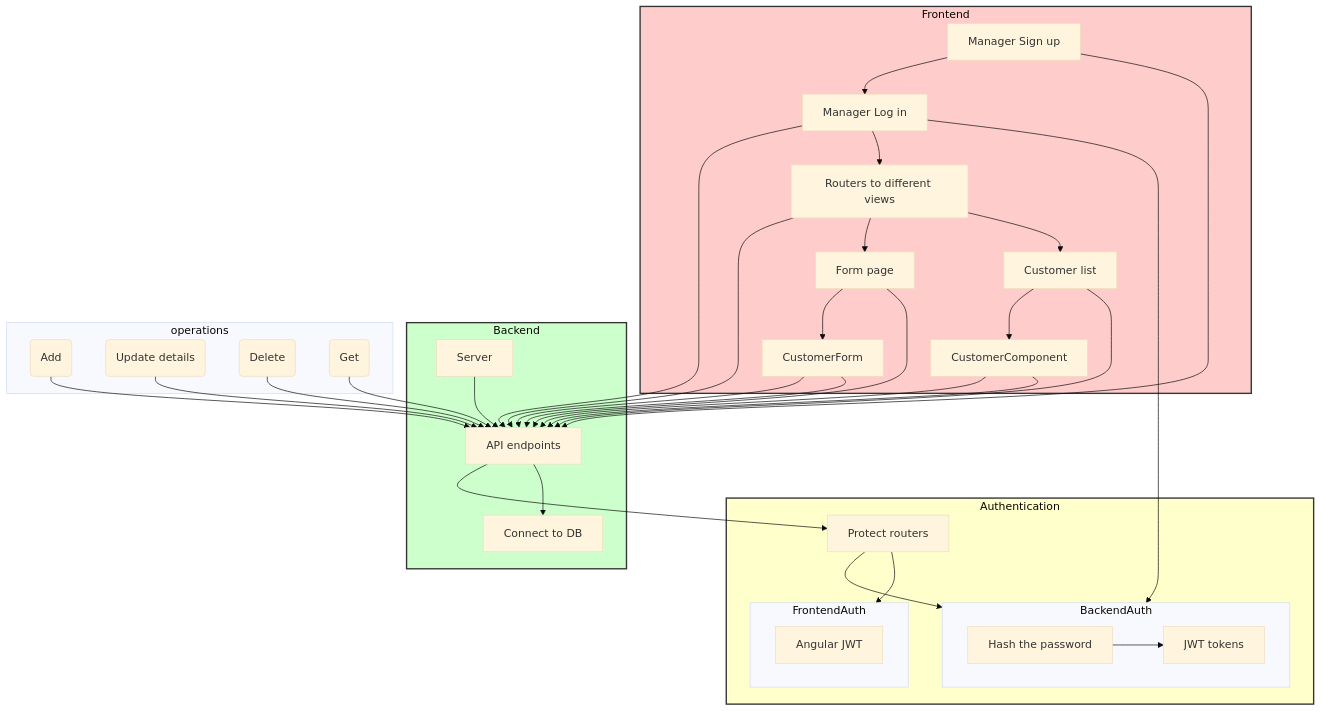
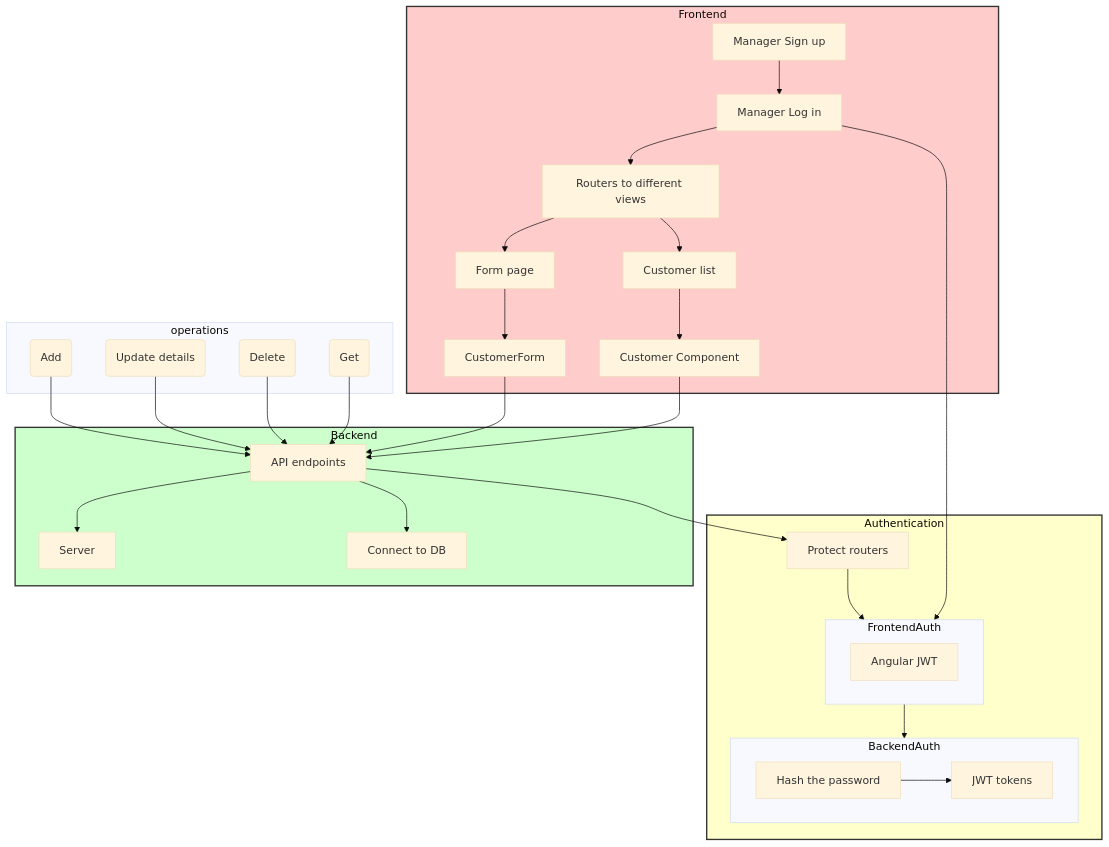
The diagram in README.md (fatmaboodai/Back-office-app), drawn with Mermaid (base theme) before and after one commit.

````diff
--- a/README.md
+++ b/README.md
@@ -2,72 +2,68 @@
 ```mermaid
 graph TD;
     subgraph Frontend
         SignUp[Manager Sign up]
         SignUp --> LogIn
         LogIn[Manager Log in]
+        LogIn --> Routers
         Routers[Routers to different views]
+        Routers --> FormPage
+        Routers --> CustomerList
         FormPage[Form page]
+        FormPage --> CustomerForm
         CustomerList[Customer list]
         CustomerList --> CustomerComponent
-        FormPage --> CustomerForm
+        CustomerComponent[Customer Component]
     end
     subgraph Backend
         Server[Server]
         API[API endpoints]
         ConnectDB[Connect to DB]
     end
     subgraph operations
         AddCustomer(Add)
         UpdateCustomer(Update details)
         DeleteCustomer(Delete)
         GetCustomer(Get)
-        SignUp --> API
-        LogIn --> API
-        Routers --> API
-        FormPage --> API
-        CustomerList --> API
-        CustomerComponent --> API
-        CustomerForm --> API
+        AddCustomer --> API
+        UpdateCustomer --> API
+        DeleteCustomer --> API
+        GetCustomer --> API
     end
     subgraph Authentication
         subgraph BackendAuth
             HashPassword[Hash the password]
             JWT[JWT tokens]
             HashPassword --> JWT
         end
         subgraph FrontendAuth
             AngularJWT[Angular JWT]
         end
         ProtectRouters[Protect routers]
-        LogIn --> BackendAuth
-        API --> ProtectRouters
+        LogIn --> FrontendAuth
+        ProtectRouters --> FrontendAuth
+FrontendAuth --> BackendAuth
+
     end
-    
-    LogIn --> Routers
-    Routers --> FormPage
-    Routers --> CustomerList
-   
-   
+
     CustomerComponent --> API
+    CustomerForm--> API
+    API --> Server
     API --> ConnectDB
-    Server --> API
-    AddCustomer --> API
-    CustomerForm--> API
-    UpdateCustomer --> API
-    DeleteCustomer --> API
-    GetCustomer-->API
-    ProtectRouters --> BackendAuth
-    ProtectRouters --> FrontendAuth
+    API --> ProtectRouters
 
     classDef frontendClass fill:#FFCCCC,stroke:#333,stroke-width:2px;
     classDef backendClass fill:#CCFFCC,stroke:#333,stroke-width:2px;
     classDef servicesClass fill:#CCCCFF,stroke:#333,stroke-width:2px;
     classDef authClass fill:#FFFFCC,stroke:#333,stroke-width:2px;
 
     class Frontend frontendClass;
     class Backend backendClass;
     class Services servicesClass;
     class Authentication authClass;
 
 
+
+
+
 ```
````
